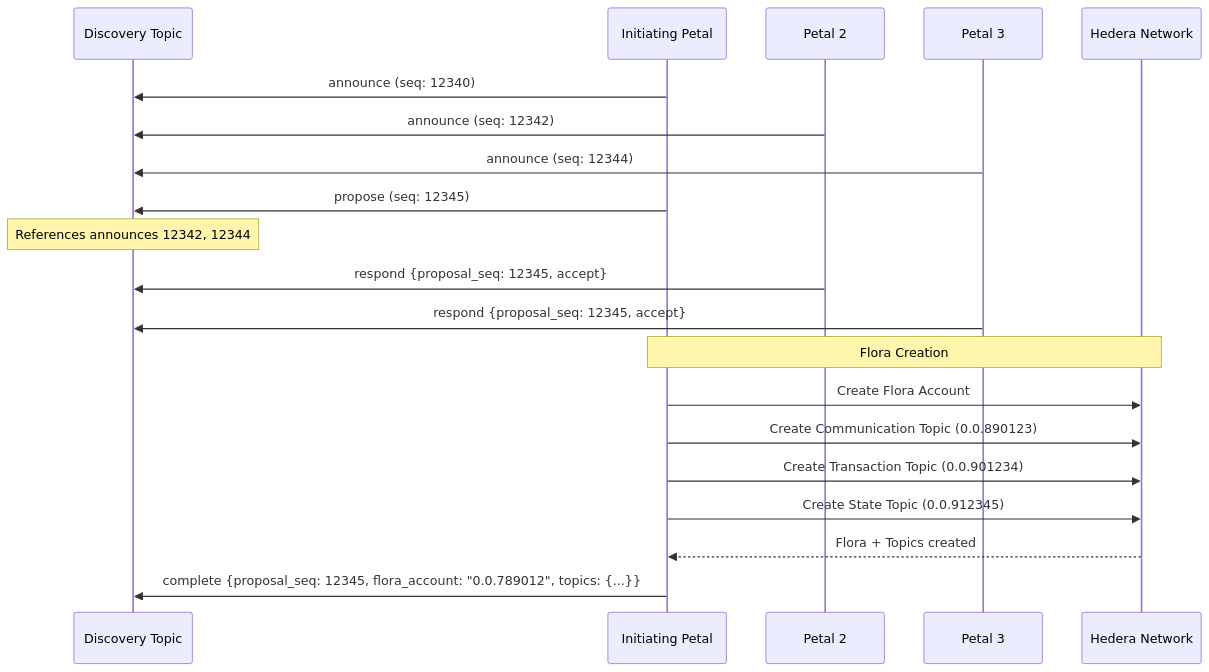
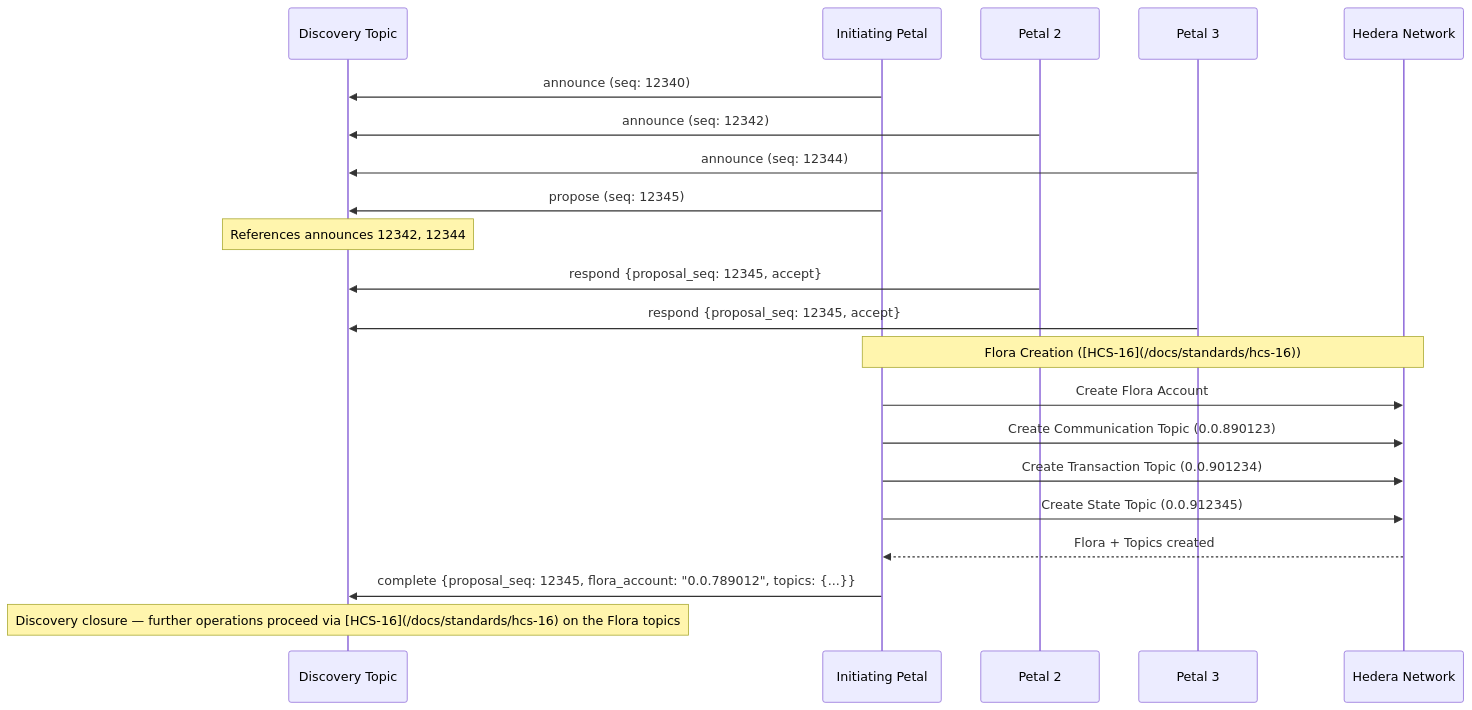
Before and after one commit to hashgraph-online/hcs-improvement-proposals: the second of 4 diagrams in docs/standards/hcs-18.md, drawn with Mermaid. The commit also changed other lines of this file and 5 other files, not shown here.

````diff
--- a/docs/standards/hcs-18.md
+++ b/docs/standards/hcs-18.md
@@ -342,27 +475,28 @@
 ```mermaid
 sequenceDiagram
     participant DT as Discovery Topic
     participant P1 as Initiating Petal
     participant P2 as Petal 2
     participant P3 as Petal 3
     participant HN as Hedera Network
 
     P1->>DT: announce (seq: 12340)
     P2->>DT: announce (seq: 12342)
     P3->>DT: announce (seq: 12344)
 
     P1->>DT: propose (seq: 12345)
     Note over DT: References announces 12342, 12344
 
     P2->>DT: respond {proposal_seq: 12345, accept}
     P3->>DT: respond {proposal_seq: 12345, accept}
 
-    Note over P1,HN: Flora Creation
+    Note over P1,HN: Flora Creation ([HCS‑16](/docs/standards/hcs-16))
     P1->>HN: Create Flora Account
     P1->>HN: Create Communication Topic (0.0.890123)
     P1->>HN: Create Transaction Topic (0.0.901234)
     P1->>HN: Create State Topic (0.0.912345)
     HN-->>P1: Flora + Topics created
 
     P1->>DT: complete {proposal_seq: 12345, flora_account: "0.0.789012", topics: {...}}
+    Note over DT: Discovery closure — further operations proceed via [HCS‑16](/docs/standards/hcs-16) on the Flora topics
 ```
````
